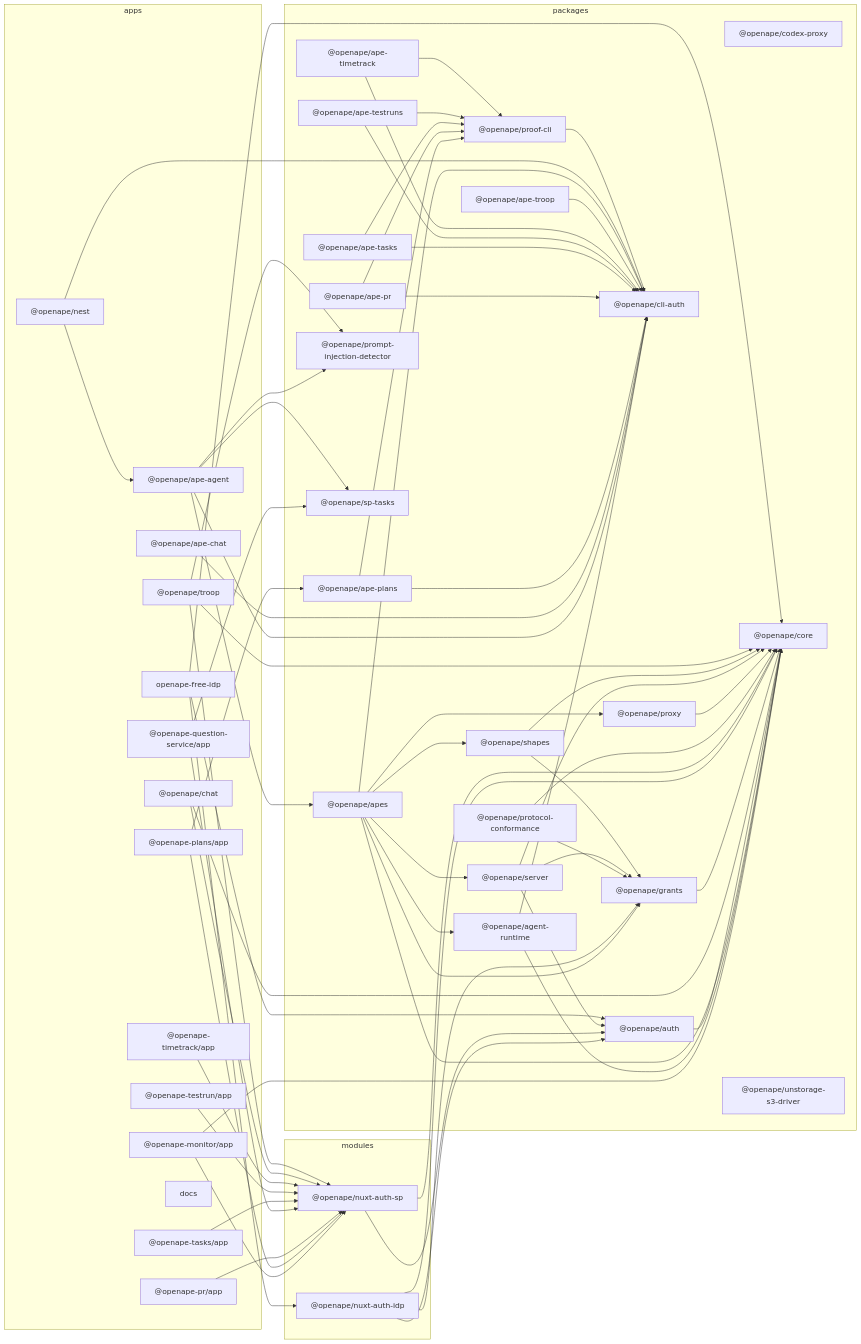
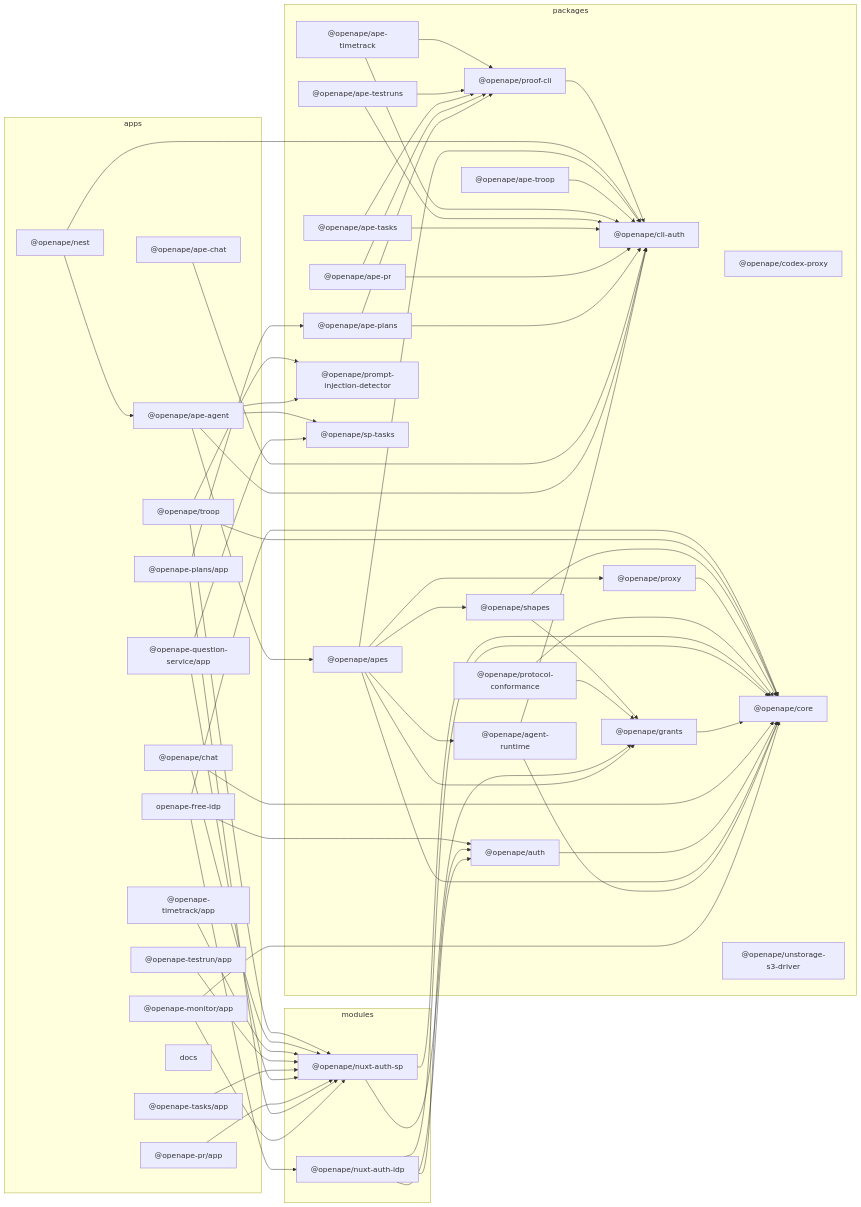
The diagram in docs/architecture/dependency-graph.md (openape-ai/openape), drawn with Mermaid before and after one commit. The commit also changed 80 other files, not shown here.

First line of the commit message:
refactor: dissolve @openape/server, test against the real apps

```diff
--- a/docs/architecture/dependency-graph.md
+++ b/docs/architecture/dependency-graph.md
@@ -23,7 +23,6 @@
     _openape_proof_cli["@openape/proof-cli"]
     _openape_protocol_conformance["@openape/protocol-conformance"]
     _openape_proxy["@openape/proxy"]
-    _openape_server["@openape/server"]
     _openape_shapes["@openape/shapes"]
     _openape_sp_tasks["@openape/sp-tasks"]
     _openape_unstorage_s3_driver["@openape/unstorage-s3-driver"]
@@ -81,7 +80,6 @@
   _openape_apes --> _openape_core
   _openape_apes --> _openape_grants
   _openape_apes --> _openape_proxy
-  _openape_apes --> _openape_server
   _openape_apes --> _openape_shapes
   _openape_auth --> _openape_core
   _openape_chat --> _openape_core
@@ -98,9 +96,6 @@
   _openape_protocol_conformance --> _openape_core
   _openape_protocol_conformance --> _openape_grants
   _openape_proxy --> _openape_core
-  _openape_server --> _openape_auth
-  _openape_server --> _openape_core
-  _openape_server --> _openape_grants
   _openape_shapes --> _openape_core
   _openape_shapes --> _openape_grants
   _openape_troop --> _openape_core
```
